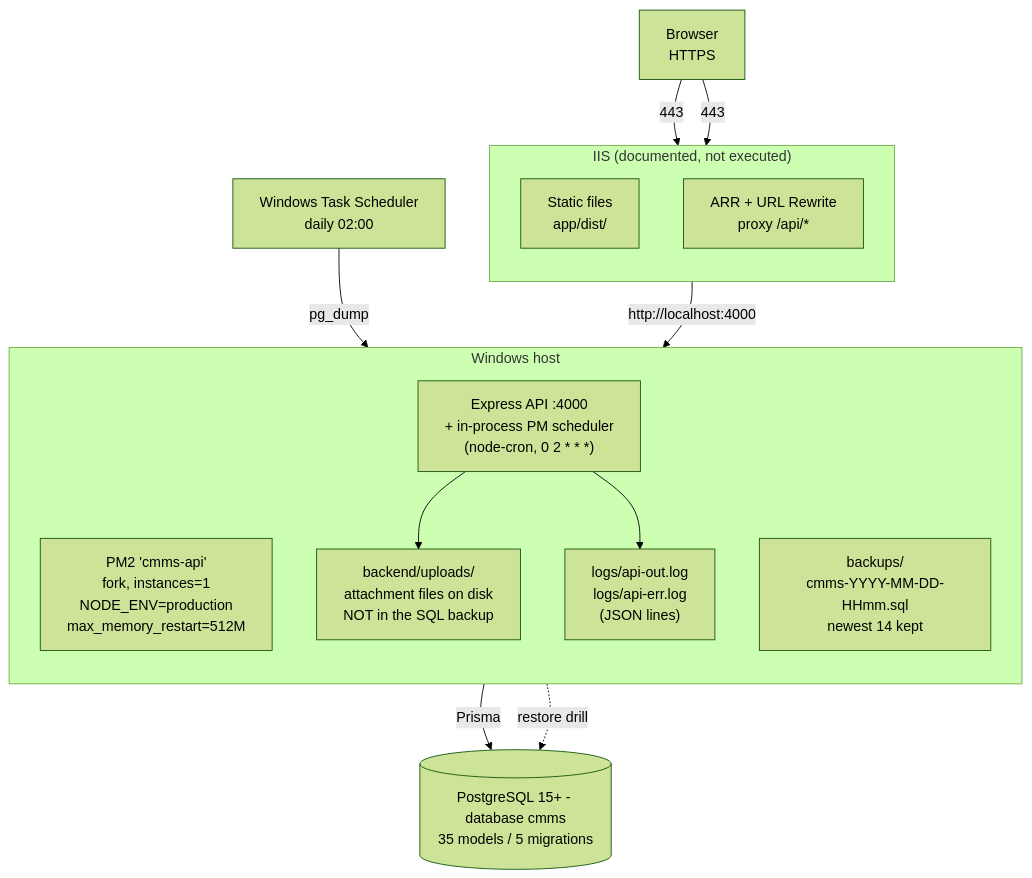
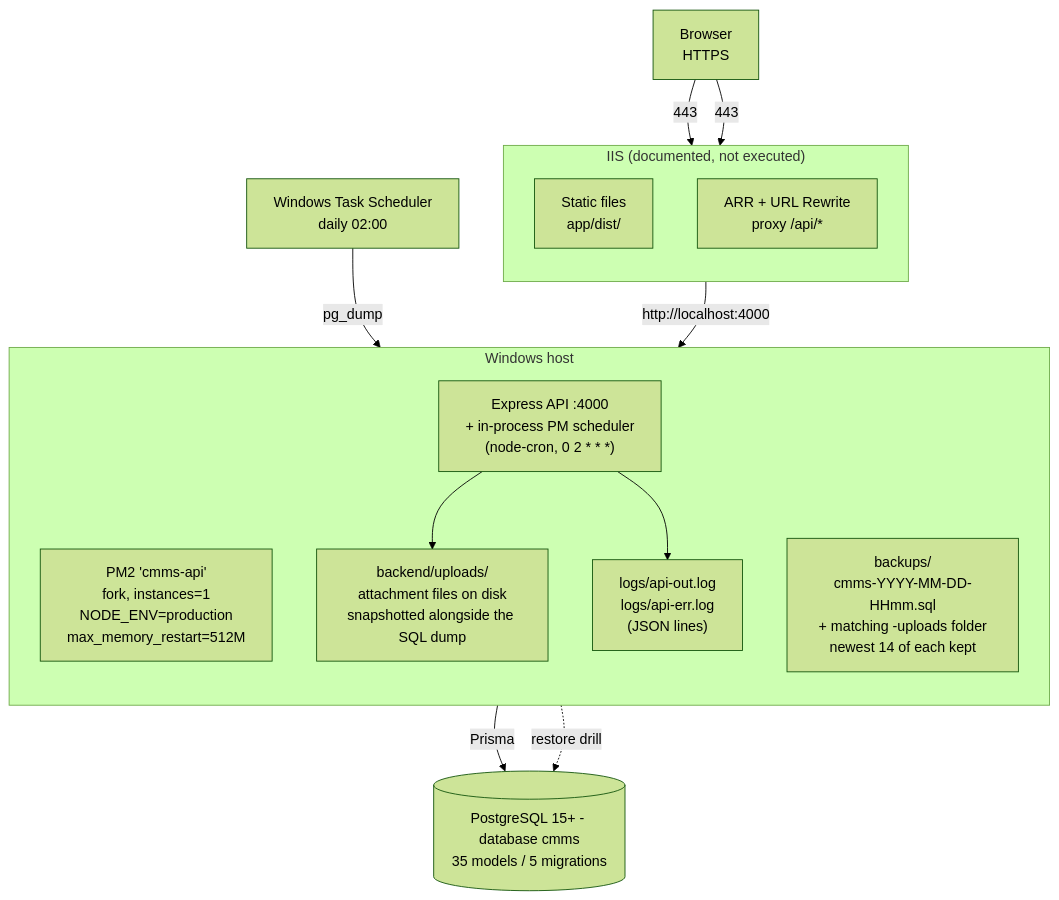
One commit to MohammedAlmaqan/CMMSproject changed the diagram in docs/ARCHITECTURE.md. Above: the diagram before and after it, drawn with Mermaid (forest theme). The commit also changed other lines of this file, not shown here.

````diff
--- a/docs/ARCHITECTURE.md
+++ b/docs/ARCHITECTURE.md
@@ -43,31 +43,31 @@
 ```mermaid
 flowchart TB
     B["Browser<br/>HTTPS"]
 
     subgraph IIS["IIS (documented, not executed)"]
         direction TB
         STATIC["Static files<br/>app/dist/"]
         PROXY["ARR + URL Rewrite<br/>proxy /api/*"]
     end
 
     subgraph HOST["Windows host"]
         direction TB
         PM2["PM2 'cmms-api'<br/>fork, instances=1<br/>NODE_ENV=production<br/>max_memory_restart=512M"]
         API["Express API :4000<br/>+ in-process PM scheduler<br/>(node-cron, 0 2 * * *)"]
         LOGS["logs/api-out.log<br/>logs/api-err.log<br/>(JSON lines)"]
-        UPL["backend/uploads/<br/>attachment files on disk<br/>NOT in the SQL backup"]
-        BK["backups/<br/>cmms-YYYY-MM-DD-HHmm.sql<br/>newest 14 kept"]
+        UPL["backend/uploads/<br/>attachment files on disk<br/>snapshotted alongside the SQL dump"]
+        BK["backups/<br/>cmms-YYYY-MM-DD-HHmm.sql<br/>+ matching -uploads folder<br/>newest 14 of each kept"]
     end
 
     DB[("PostgreSQL 15+ - database cmms<br/>35 models / 5 migrations")]
     TASKSCHED["Windows Task Scheduler<br/>daily 02:00"]
 
     B -->|443| STATIC
     B -->|443| PROXY
     PROXY -->|http://localhost:4000| API
     API -->|Prisma| DB
     API --> UPL
     API --> LOGS
     TASKSCHED -->|pg_dump| BK
     BK -.->|restore drill| DB
 ```
````
